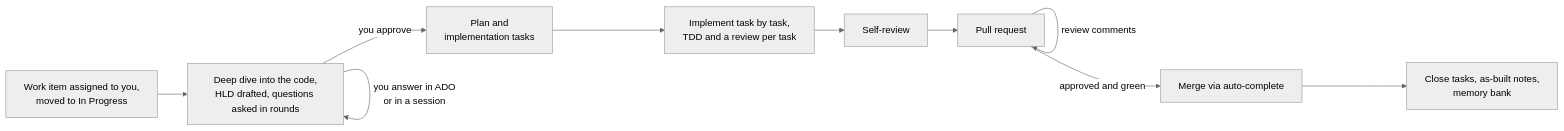
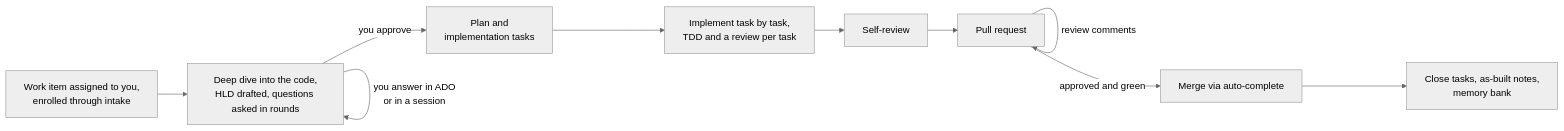
Before and after one commit to donethree/ASDF: the diagram in README.md, drawn with Mermaid (neutral theme). The commit also changed other lines of this file and 49 other files, not shown here.

````diff
--- a/README.md
+++ b/README.md
@@ -24,12 +25,12 @@
 ```mermaid
 flowchart LR
-  A[Work item assigned to you,<br>moved to In Progress] --> B[Deep dive into the code,<br>HLD drafted, questions asked in rounds]
+  A[Work item assigned to you,<br>enrolled through intake] --> B[Deep dive into the code,<br>HLD drafted, questions asked in rounds]
   B -->|you answer in ADO<br>or in a session| B
   B -->|you approve| C[Plan and<br>implementation tasks]
   C --> D[Implement task by task,<br>TDD and a review per task]
   D --> E[Self-review]
   E --> F[Pull request]
   F -->|review comments| F
   F -->|approved and green| G[Merge via auto-complete]
   G --> H[Close tasks, as-built notes,<br>memory bank]
 ```
````
